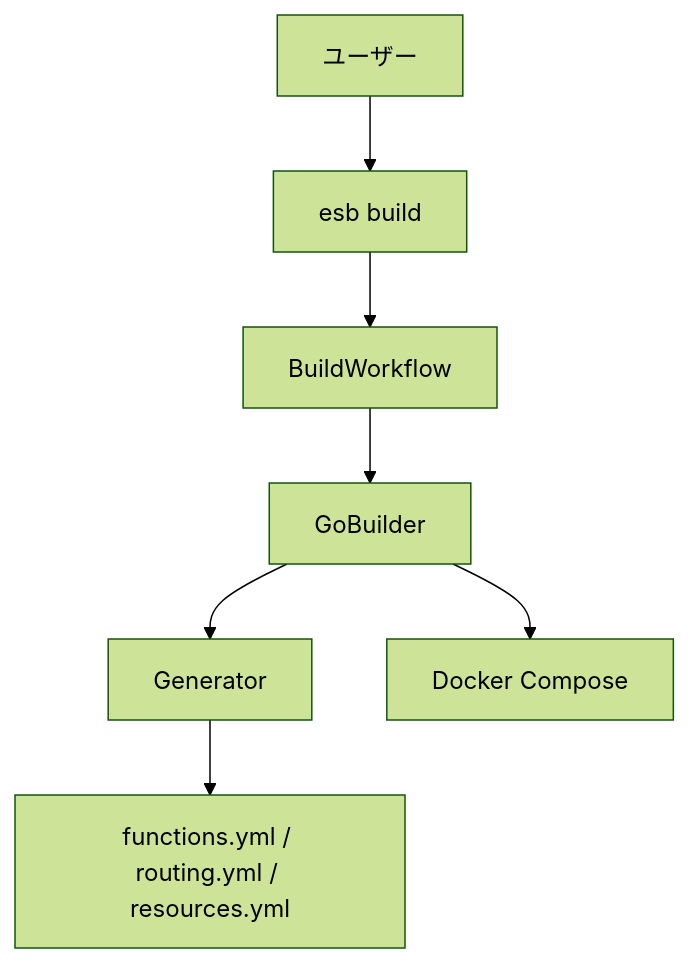
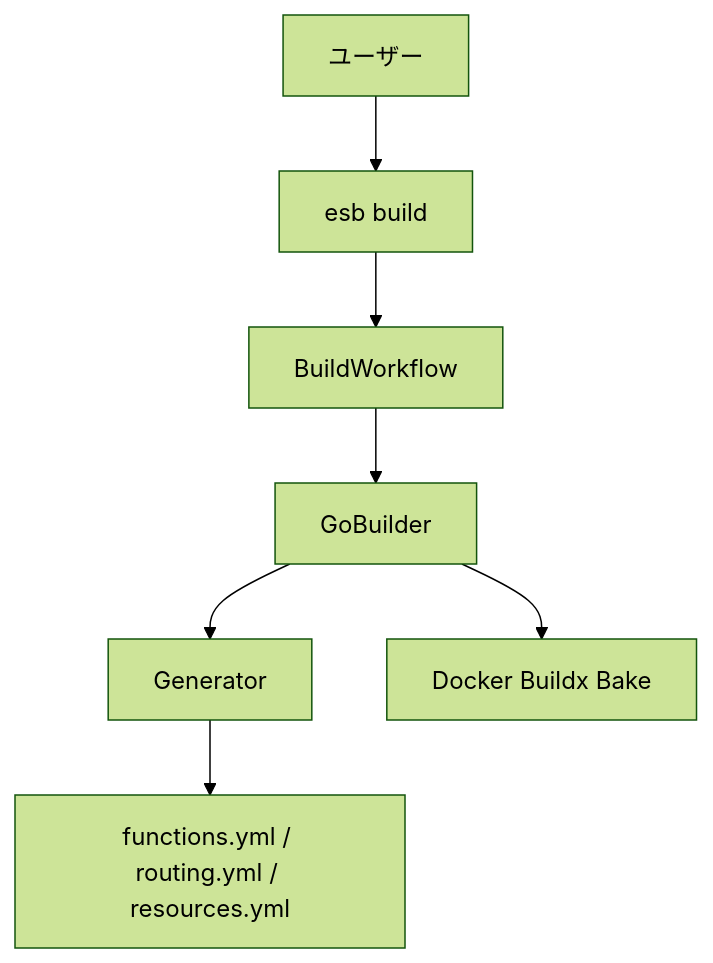
Before and after one commit to poruru-code/esb-cli: the diagram in docs/architecture.md, drawn with Mermaid (forest theme). The commit also changed 5 other files, not shown here.

First line of the commit message:
Refactor Docker build process to unify control-plane images under Docker Bake

````diff
--- a/docs/architecture.md
+++ b/docs/architecture.md
@@ -9,9 +9,9 @@
 ```mermaid
 graph TD
     User[ユーザー] --> CLI[esb build]
     CLI --> Workflows[BuildWorkflow]
     Workflows --> Builder[GoBuilder]
     Builder --> Generator[Generator]
-    Builder --> Compose[Docker Compose]
+    Builder --> Bake[Docker Buildx Bake]
     Generator --> Files[functions.yml / routing.yml / resources.yml]
 ```
````
